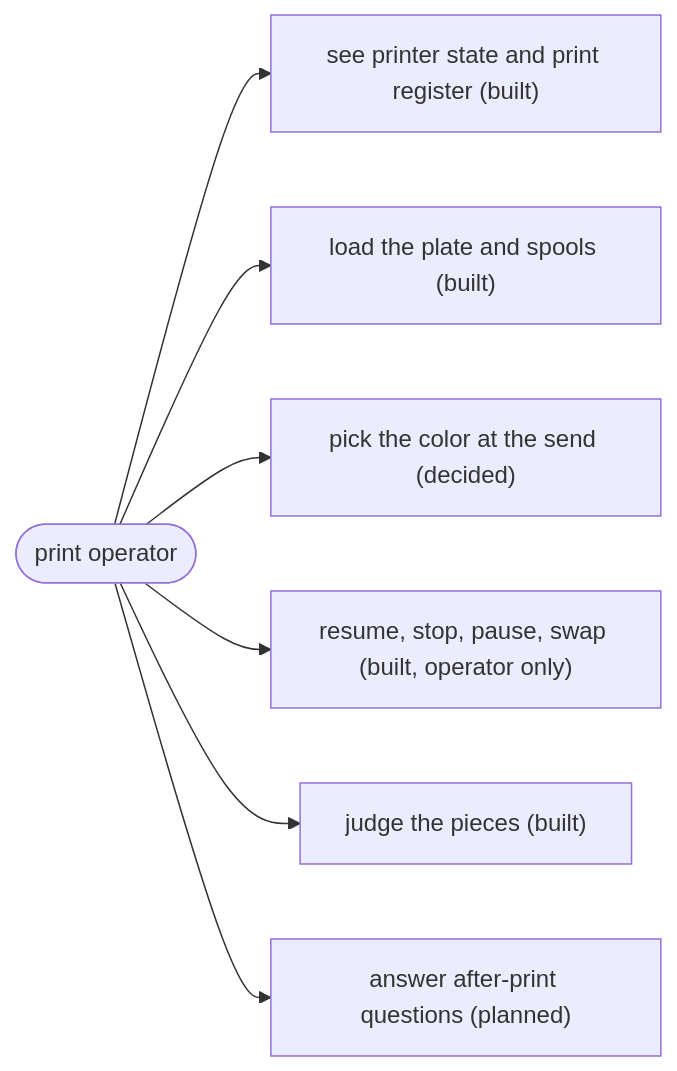
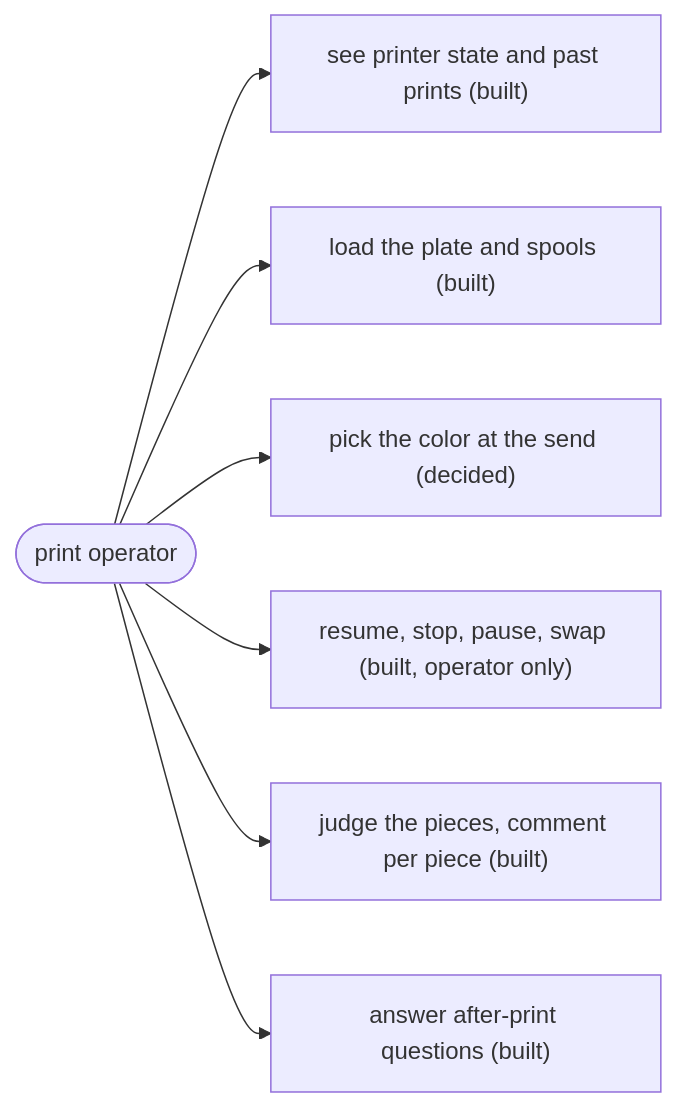
One commit to omars-lab/3d-models changed the fifth of 11 diagrams in docs/design/process/users-and-surfaces-design.md. Above: the diagram before and after it, drawn with Mermaid. The commit also changed other lines of this file and 7 other files, not shown here.

````diff
--- a/docs/design/process/users-and-surfaces-design.md
+++ b/docs/design/process/users-and-surfaces-design.md
@@ -243,9 +352,9 @@
 ```mermaid
 flowchart LR
-  p(["print operator"]) --> p1["see printer state and print register (built)"]
+  p(["print operator"]) --> p1["see printer state and past prints (built)"]
   p --> p2["load the plate and spools (built)"]
   p --> p3["pick the color at the send (decided)"]
   p --> p4["resume, stop, pause, swap (built, operator only)"]
-  p --> p5["judge the pieces (built)"]
-  p --> p6["answer after-print questions (planned)"]
+  p --> p5["judge the pieces, comment per piece (built)"]
+  p --> p6["answer after-print questions (built)"]
 ```
````
